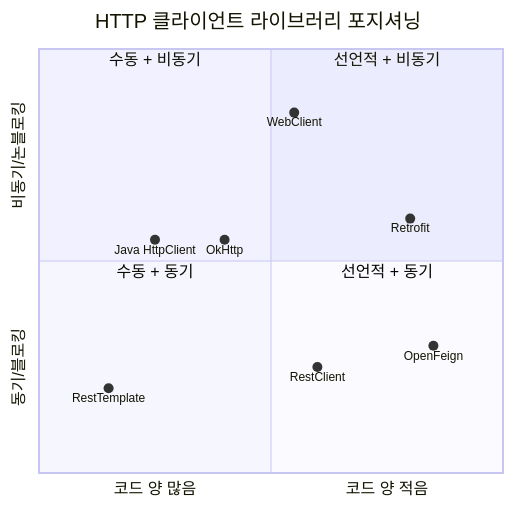
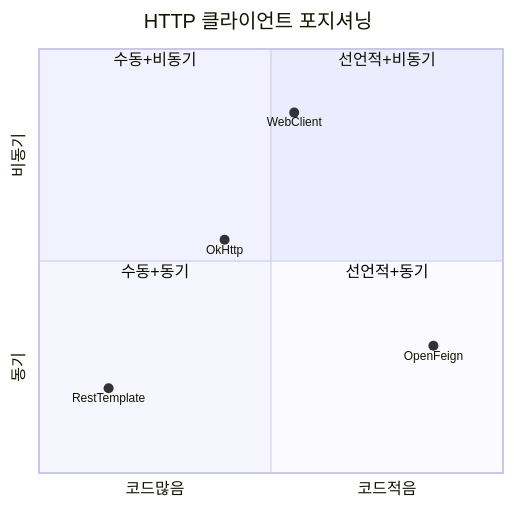
Before and after one commit to yjkim2015/yjkim2015.github.io: the third of 4 diagrams in _posts/spring/2026-05-01-rest-client-comparison.md, drawn with Mermaid. The commit also changed other lines of this file and 215 other files, not shown here.

First line of the commit message:
신규 포스트 10개 추가 + Mermaid 전면 축소 + SystemDesign 시리즈 보강

````diff
--- a/_posts/spring/2026-05-01-rest-client-comparison.md
+++ b/_posts/spring/2026-05-01-rest-client-comparison.md
@@ -708,17 +708,14 @@
 ```mermaid
 quadrantChart
-    title HTTP 클라이언트 라이브러리 포지셔닝
-    x-axis "코드 양 많음" --> "코드 양 적음"
-    y-axis "동기/블로킹" --> "비동기/논블로킹"
-    quadrant-1 "선언적 + 비동기"
-    quadrant-2 "수동 + 비동기"
-    quadrant-3 "수동 + 동기"
-    quadrant-4 "선언적 + 동기"
+    title HTTP 클라이언트 포지셔닝
+    x-axis "코드많음" --> "코드적음"
+    y-axis "동기" --> "비동기"
+    quadrant-1 선언적+비동기
+    quadrant-2 수동+비동기
+    quadrant-3 수동+동기
+    quadrant-4 선언적+동기
     RestTemplate: [0.15, 0.2]
     WebClient: [0.55, 0.85]
-    RestClient: [0.6, 0.25]
     OpenFeign: [0.85, 0.3]
-    Retrofit: [0.8, 0.6]
-    Java HttpClient: [0.25, 0.55]
     OkHttp: [0.4, 0.55]
 ```
````
